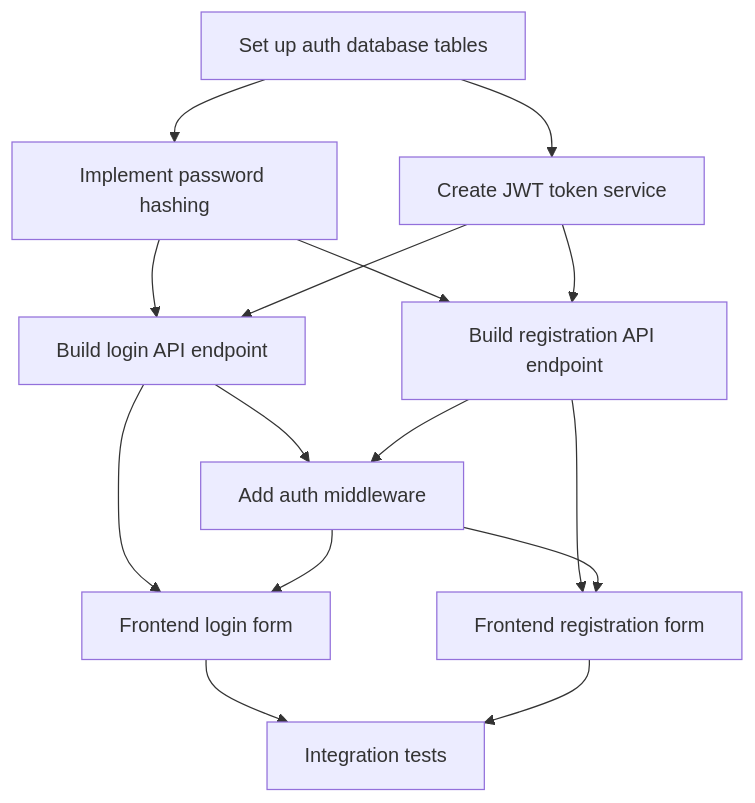
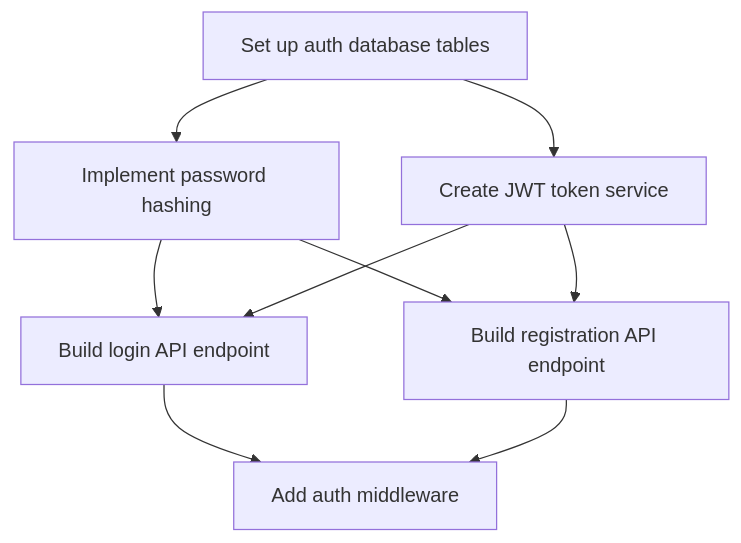
One commit to mgiovani/cc-arsenal changed the diagram in skills/project-planner/SKILL.md. Above: the diagram before and after it, drawn with Mermaid. The commit also changed other lines of this file and 19 other files, not shown here.

````diff
--- a/skills/project-planner/SKILL.md
+++ b/skills/project-planner/SKILL.md
@@ -137,17 +96,11 @@
 ```mermaid
 graph TD
     A[Set up auth database tables] --> B[Implement password hashing]
     A --> C[Create JWT token service]
     B --> D[Build login API endpoint]
     C --> D
     B --> E[Build registration API endpoint]
     C --> E
     D --> F[Add auth middleware]
     E --> F
-    D --> G[Frontend login form]
-    F --> G
-    E --> H[Frontend registration form]
-    F --> H
-    G --> I[Integration tests]
-    H --> I
 ```
````
